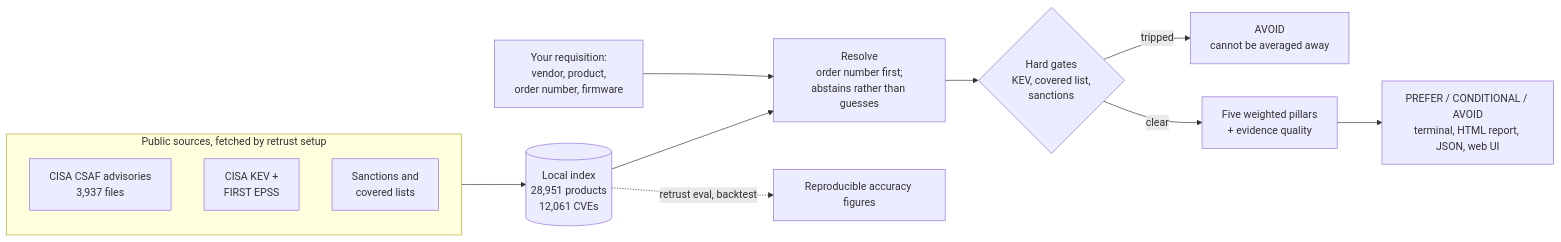
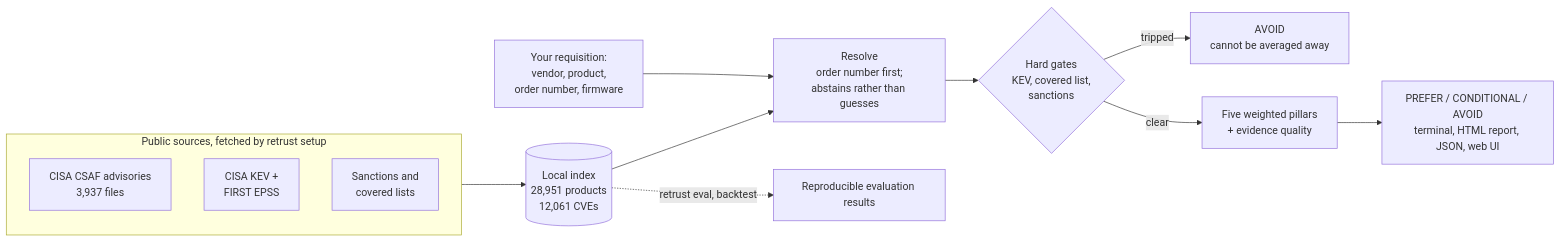
The diagram in README.md (MRALPHA20/retrust), drawn with Mermaid before and after one commit. The commit also changed other lines of this file and 41 other files, not shown here.

````diff
--- a/README.md
+++ b/README.md
@@ -27,16 +43,16 @@
 ```mermaid
 flowchart LR
     subgraph SRC["Public sources, fetched by retrust setup"]
         CSAF["CISA CSAF advisories<br/>3,937 files"]
         KEV["CISA KEV +<br/>FIRST EPSS"]
         LISTS["Sanctions and<br/>covered lists"]
     end
     SRC --> IDX[("Local index<br/>28,951 products<br/>12,061 CVEs")]
     REQ["Your requisition:<br/>vendor, product,<br/>order number, firmware"] --> MATCH["Resolve<br/>order number first;<br/>abstains rather than guesses"]
     IDX --> MATCH
     MATCH --> GATE{"Hard gates<br/>KEV, covered list,<br/>sanctions"}
     GATE -->|tripped| AVOID["AVOID<br/>cannot be averaged away"]
     GATE -->|clear| SCORE["Five weighted pillars<br/>+ evidence quality"]
     SCORE --> OUT["PREFER / CONDITIONAL / AVOID<br/>terminal, HTML report, JSON, web UI"]
-    IDX -.->|"retrust eval, backtest"| PROOF["Reproducible accuracy figures"]
+    IDX -.->|"retrust eval, backtest"| PROOF["Reproducible evaluation results"]
 ```
````
